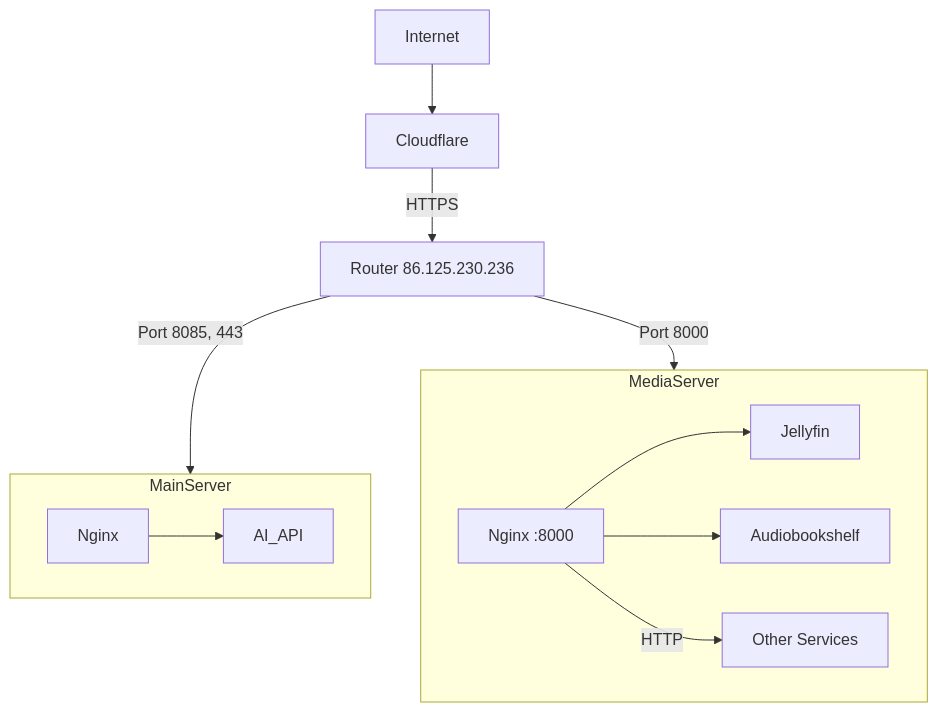
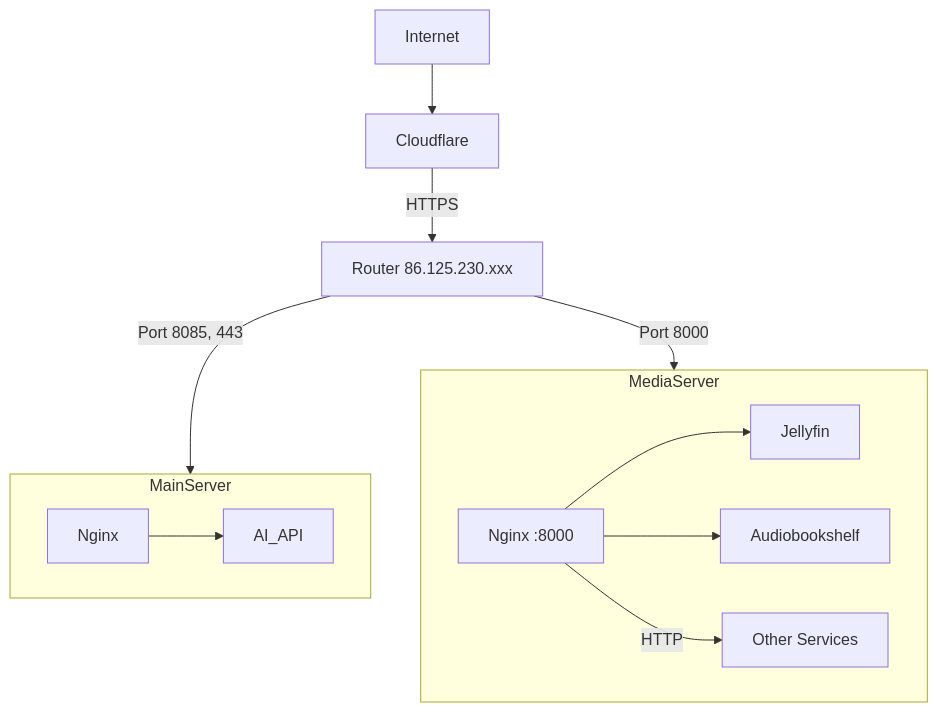
Before and after one commit to civanovici/nas: the first of 2 diagrams in ARCHITECTURE.md, drawn with Mermaid. The commit also changed other lines of this file, not shown here.

````diff
--- a/ARCHITECTURE.md
+++ b/ARCHITECTURE.md
@@ -29,17 +29,17 @@
 ```mermaid
 graph TD
     Internet --> Cloudflare
-    Cloudflare -->|HTTPS| Router[Router 86.125.230.236]
-    Router -->|Port 8085, 443| MainServer[Main Server 192.168.0.125]
-    Router -->|Port 8000| MediaServer[Media Server 192.168.0.122]
+    Cloudflare -->|HTTPS| Router[Router 86.125.230.xxx]
+    Router -->|Port 8085, 443| MainServer[Main Server 192.168.0.xxx]
+    Router -->|Port 8000| MediaServer[Media Server 192.168.0.xxx]
     
     subgraph MainServer
         MainNginx[Nginx] --> AI_API
     end
     
     subgraph MediaServer
         ReverseProxy[Nginx :8000] --> Jellyfin
         ReverseProxy --> Audiobookshelf
         ReverseProxy -->|HTTP| OtherServices[Other Services]
     end
 ```
````
